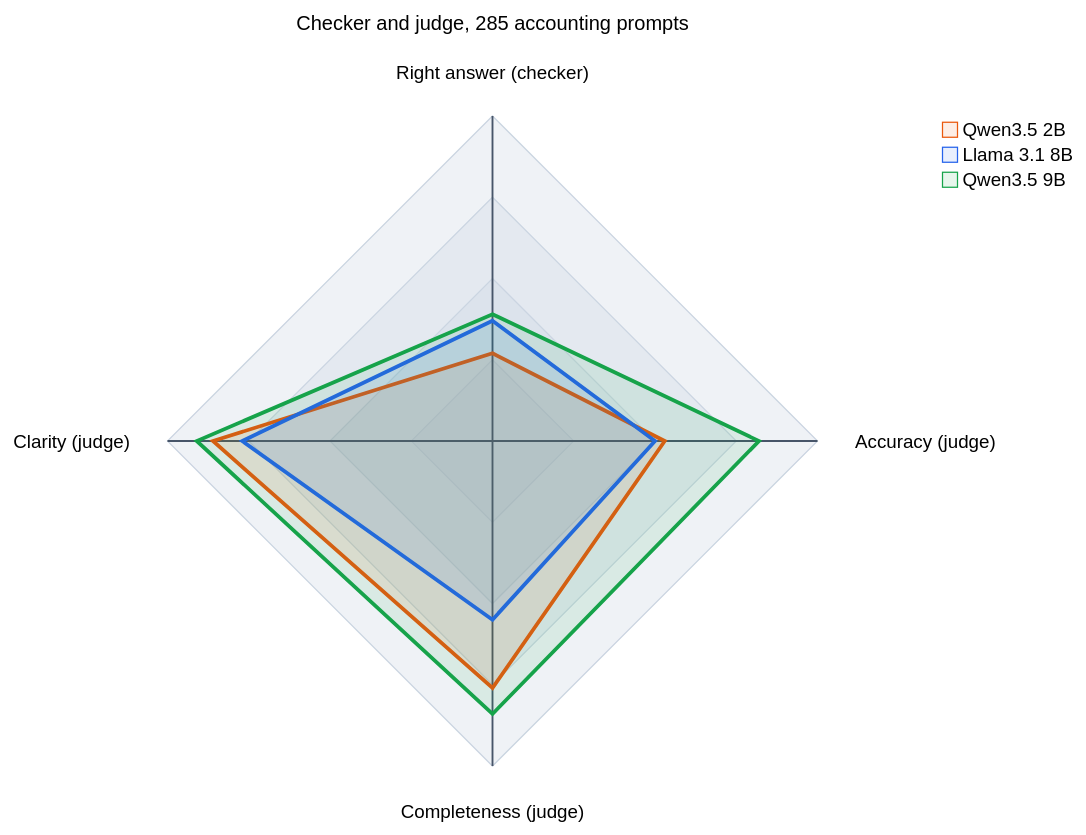
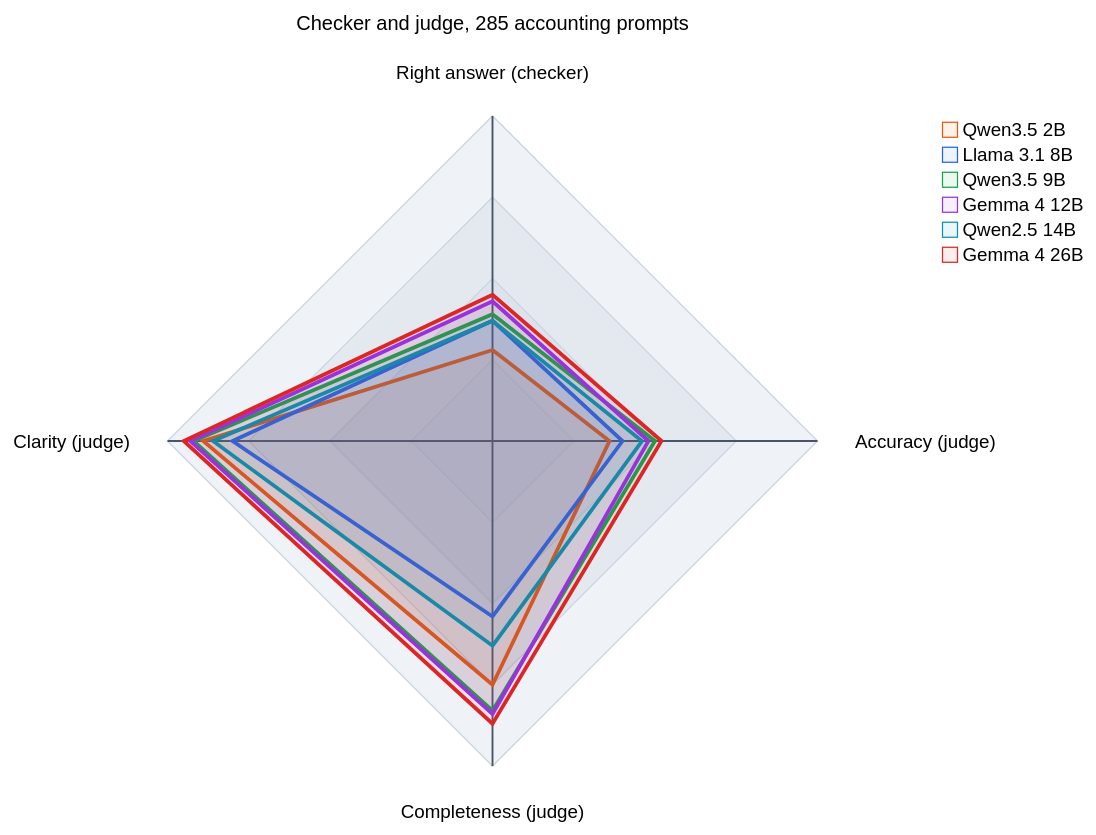
Before and after one commit to Haddley/haddley.github.io: the diagram in content/llmbenchmark2.md, drawn with Mermaid. The commit also changed other lines of this file and 1 other file, not shown here.

````diff
--- a/content/llmbenchmark2.md
+++ b/content/llmbenchmark2.md
@@ -58,14 +72,17 @@
 ```mermaid
-%%{init: {"theme": "neutral", "themeVariables": {"cScale0": "#ea580c", "cScale1": "#2563eb", "cScale2": "#16a34a", "radar": {"curveOpacity": 0.1, "curveStrokeWidth": 3, "axisColor": "#475569", "axisStrokeWidth": 1.5, "axisLabelFontSize": 15, "graticuleColor": "#cbd5e1", "graticuleStrokeWidth": 1, "legendFontSize": 15, "legendBoxSize": 15}}, "radar": {"width": 520, "height": 520, "marginTop": 80, "marginBottom": 60, "marginLeft": 150, "marginRight": 220, "axisLabelFactor": 1.1}}}%%
+%%{init: {"theme": "neutral", "themeVariables": {"cScale0": "#ea580c", "cScale1": "#2563eb", "cScale2": "#16a34a", "cScale3": "#9333ea", "cScale4": "#0891b2", "cScale5": "#dc2626", "radar": {"curveOpacity": 0.08, "curveStrokeWidth": 3, "axisColor": "#475569", "axisStrokeWidth": 1.5, "axisLabelFontSize": 15, "graticuleColor": "#cbd5e1", "graticuleStrokeWidth": 1, "legendFontSize": 15, "legendBoxSize": 15}}, "radar": {"width": 520, "height": 520, "marginTop": 80, "marginBottom": 60, "marginLeft": 150, "marginRight": 220, "axisLabelFactor": 1.1}}}%%
 radar-beta
     title Checker and judge, 285 accounting prompts
     axis ra["Right answer (checker)"], ac["Accuracy (judge)"], co["Completeness (judge)"], cl["Clarity (judge)"]
-    curve q2["Qwen3.5 2B"]{27, 53, 76, 86}
-    curve l8["Llama 3.1 8B"]{37, 50, 55, 77}
-    curve q9["Qwen3.5 9B"]{39, 82, 84, 91}
+    curve q2["Qwen3.5 2B"]{28, 36, 75, 89}
+    curve l8["Llama 3.1 8B"]{37, 40, 54, 80}
+    curve q9["Qwen3.5 9B"]{39, 50, 83, 92}
+    curve g12["Gemma 4 12B"]{43, 48, 84, 93}
+    curve q14["Qwen2.5 14B"]{37, 46, 63, 86}
+    curve g26["Gemma 4 26B"]{45, 52, 87, 95}
     max 100
     min 0
     graticule polygon
     ticks 4
     showLegend true
 ```
````
